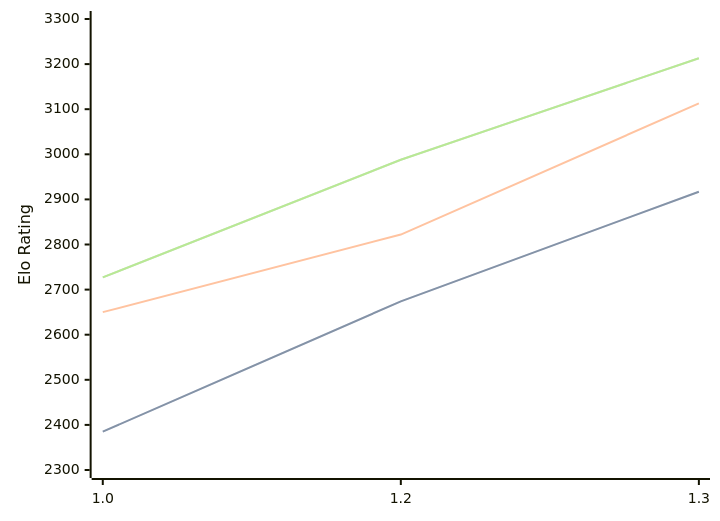
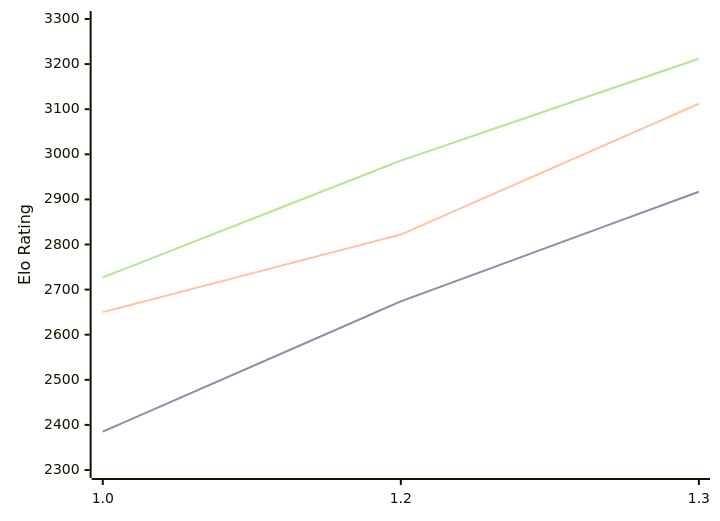
Before and after one commit to computer-chess-index/cci: the diagram in engines/Chessnix.md, drawn with Mermaid. The commit also changed other lines of this file, not shown here.

Commit message:
Update CCI Ratings (ELO VLTC) - 2026-02-27

````diff
--- a/engines/Chessnix.md
+++ b/engines/Chessnix.md
@@ -33,11 +33,11 @@
 ```mermaid
 %%{init: {"theme":"base","themeVariables":{"seriesColors:['#a3a3a3','#222221','#faa371']}}}%%
 xychart-beta
   x-axis ["1.0", "1.2", "1.3"]
   y-axis "Elo Rating" 2300 --> 3300
   line "STC (8.0+0.08s)" [2385, 2674, 2917]
   line "STC (8.0+0.08s)" [2385, 2674, 2917]
-  line "LTC (60.0+0.60s)" [2650, 2822, 3113]
-  line "VLTC (2m24s+1.12s)" [2727, 2988, 3213]
-  line "VLTC (2m24s+1.12s)" [2727, 2988, 3213]
+  line "LTC (60.0+0.60s)" [2650, 2822, 3112]
+  line "VLTC (2m24s+1.12s)" [2727, 2986, 3212]
+  line "VLTC (2m24s+1.12s)" [2727, 2986, 3212]
 ```
````
